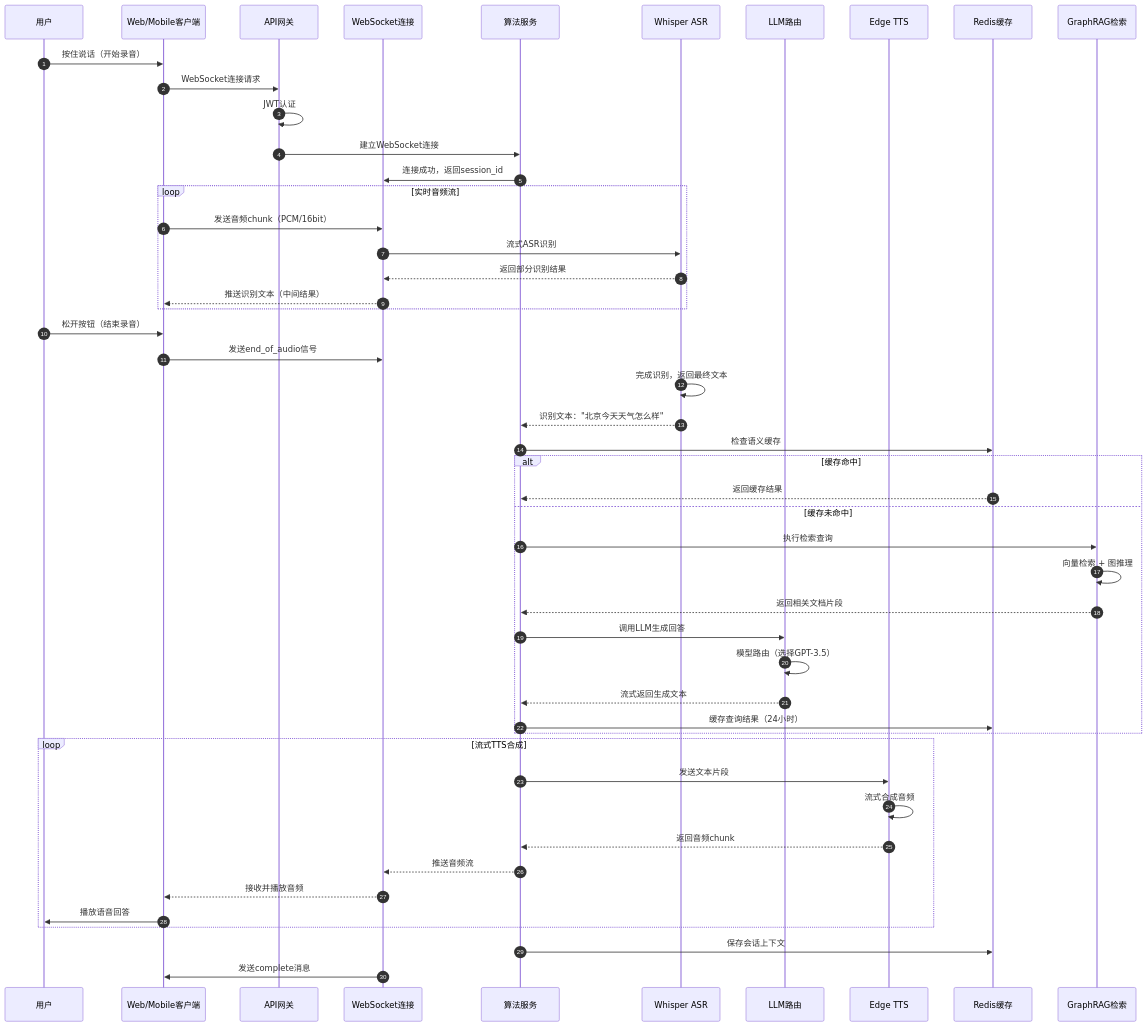
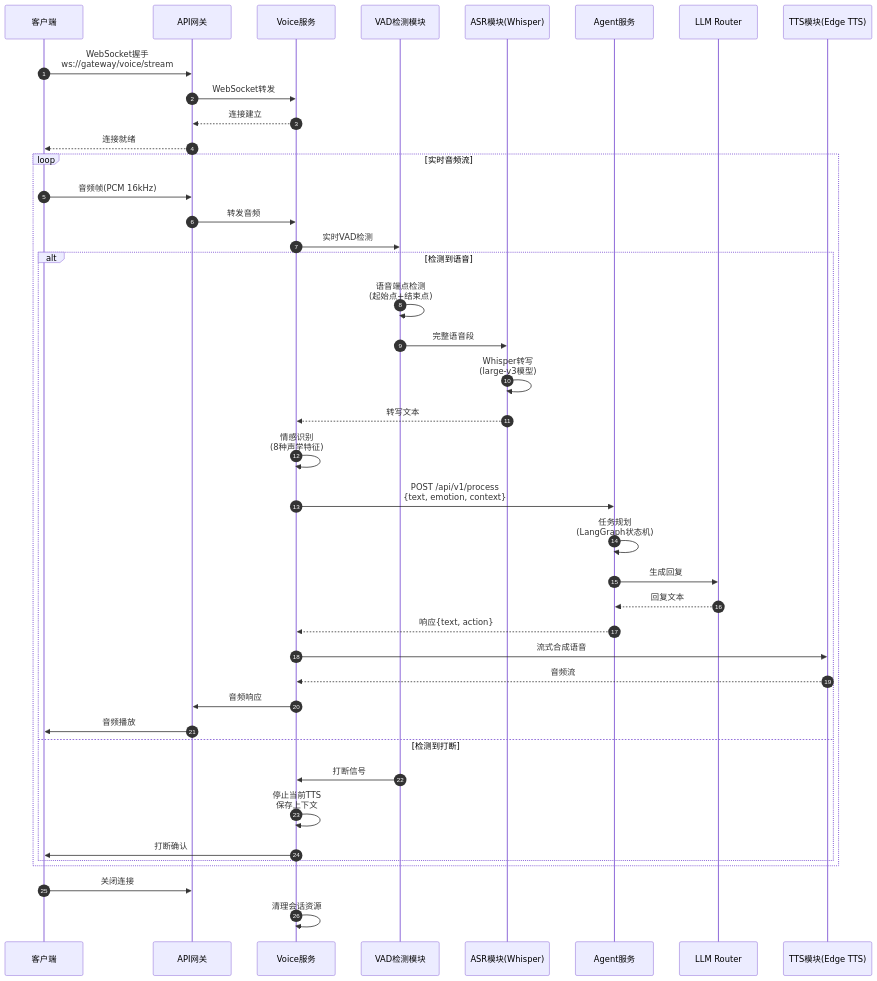
The seventh of 12 diagrams in content/posts/VoiceHelper-00-总览.md (haoyunlt/myblog), drawn with Mermaid before and after one commit. The commit also changed other lines of this file and 22 other files, not shown here.

````diff
--- a/content/posts/VoiceHelper-00-总览.md
+++ b/content/posts/VoiceHelper-00-总览.md
@@ -301,57 +1735,50 @@
 ```mermaid
 sequenceDiagram
     autonumber
-    participant U as 用户
-    participant C as Web/Mobile客户端
+    participant Client as 客户端
     participant GW as API网关
-    participant WS as WebSocket连接
-    participant ALGO as 算法服务
-    participant ASR as Whisper ASR
-    participant LLM as LLM路由
-    participant TTS as Edge TTS
-    participant REDIS as Redis缓存
-    participant RAG as GraphRAG检索
-
-    U->>C: 按住说话（开始录音）
-    C->>GW: WebSocket连接请求
-    GW->>GW: JWT认证
-    GW->>ALGO: 建立WebSocket连接
-    ALGO->>WS: 连接成功，返回session_id
-
+    participant Voice as Voice服务
+    participant VAD as VAD检测模块
+    participant ASR as ASR模块(Whisper)
+    participant Agent as Agent服务
+    participant LLM as LLM Router
+    participant TTS as TTS模块(Edge TTS)
+    
+    Client->>GW: WebSocket握手<br/>ws://gateway/voice/stream
+    GW->>Voice: WebSocket转发
+    Voice-->>GW: 连接建立
+    GW-->>Client: 连接就绪
+    
     loop 实时音频流
-        C->>WS: 发送音频chunk（PCM/16bit）
-        WS->>ASR: 流式ASR识别
-        ASR-->>WS: 返回部分识别结果
-        WS-->>C: 推送识别文本（中间结果）
+        Client->>GW: 音频帧(PCM 16kHz)
+        GW->>Voice: 转发音频
+        Voice->>VAD: 实时VAD检测
+        
+        alt 检测到语音
+            VAD->>VAD: 语音端点检测<br/>(起始点+结束点)
+            VAD->>ASR: 完整语音段
+            ASR->>ASR: Whisper转写<br/>(large-v3模型)
+            ASR-->>Voice: 转写文本
+            
+            Voice->>Voice: 情感识别<br/>(8种声学特征)
+            Voice->>Agent: POST /api/v1/process<br/>{text, emotion, context}
+            
+            Agent->>Agent: 任务规划<br/>(LangGraph状态机)
+            Agent->>LLM: 生成回复
+            LLM-->>Agent: 回复文本
+            Agent-->>Voice: 响应{text, action}
+            
+            Voice->>TTS: 流式合成语音
+            TTS-->>Voice: 音频流
+            Voice->>GW: 音频响应
+            GW->>Client: 音频播放
+        else 检测到打断
+            VAD->>Voice: 打断信号
+            Voice->>Voice: 停止当前TTS<br/>保存上下文
+            Voice->>Client: 打断确认
+        end
     end
-
-    U->>C: 松开按钮（结束录音）
-    C->>WS: 发送end_of_audio信号
-    ASR->>ASR: 完成识别，返回最终文本
-    ASR-->>ALGO: 识别文本："北京今天天气怎么样"
-
-    ALGO->>REDIS: 检查语义缓存
-    alt 缓存命中
-        REDIS-->>ALGO: 返回缓存结果
-    else 缓存未命中
-        ALGO->>RAG: 执行检索查询
-        RAG->>RAG: 向量检索 + 图推理
-        RAG-->>ALGO: 返回相关文档片段
-        ALGO->>LLM: 调用LLM生成回答
-        LLM->>LLM: 模型路由（选择GPT-3.5）
-        LLM-->>ALGO: 流式返回生成文本
-        ALGO->>REDIS: 缓存查询结果（24小时）
-    end
-
-    loop 流式TTS合成
-        ALGO->>TTS: 发送文本片段
-        TTS->>TTS: 流式合成音频
-        TTS-->>ALGO: 返回音频chunk
-        ALGO-->>WS: 推送音频流
-        WS-->>C: 接收并播放音频
-        C->>U: 播放语音回答
-    end
-
-    ALGO->>REDIS: 保存会话上下文
-    WS->>C: 发送complete消息
+    
+    Client->>GW: 关闭连接
+    Voice->>Voice: 清理会话资源
 ```
````
